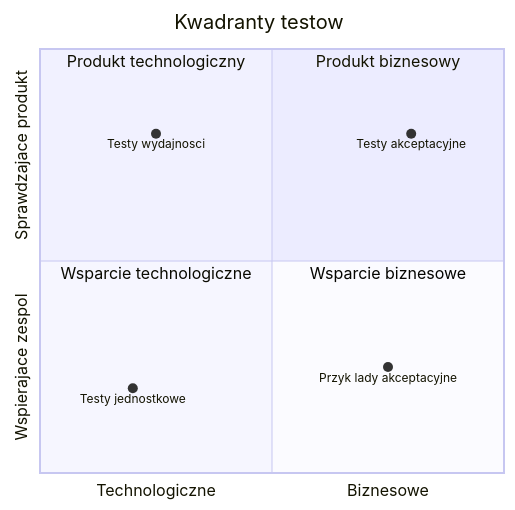
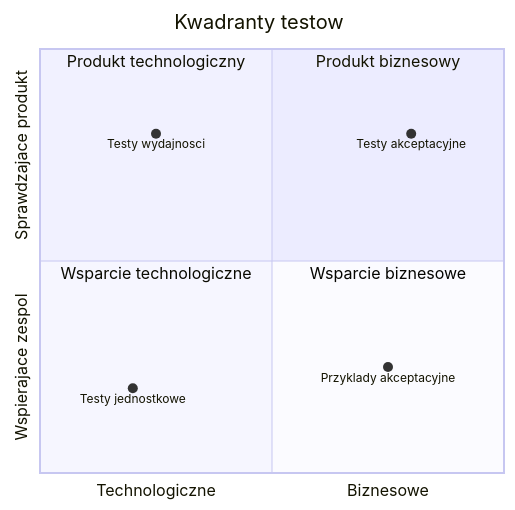
The diagram in src/02-TDD/02-test-pyramid-quadrants/diagrams/02-test-quadrants.mmd (tborzyszkowski/python-test), drawn with Mermaid before and after one commit. The commit also changed 7 other files, not shown here.

```diff
--- a/src/02-TDD/02-test-pyramid-quadrants/diagrams/02-test-quadrants.mmd
+++ b/src/02-TDD/02-test-pyramid-quadrants/diagrams/02-test-quadrants.mmd
@@ -1,12 +1,12 @@
 quadrantChart
     title Kwadranty testow
     x-axis Technologiczne --> Biznesowe
     y-axis Wspierajace zespol --> Sprawdzajace produkt
     quadrant-1 Produkt biznesowy
     quadrant-2 Produkt technologiczny
     quadrant-3 Wsparcie technologiczne
     quadrant-4 Wsparcie biznesowe
     Testy jednostkowe: [0.2, 0.2]
     Testy wydajnosci: [0.25, 0.8]
     Testy akceptacyjne: [0.8, 0.8]
-    Przyk lady akceptacyjne: [0.75, 0.25]
+    Przyklady akceptacyjne: [0.75, 0.25]
```
